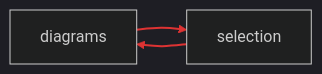
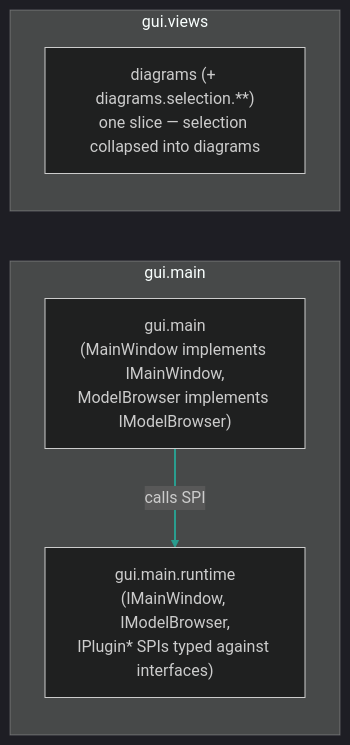
The third of 14 diagrams in README_nghiabt_notes_on_this_pr/nghiabt_notes_on_this_pr.md (useocl/use), drawn with Mermaid (dark theme) before and after one commit. The commit also changed other lines of this file and 67 other files, not shown here.

````diff
--- a/README_nghiabt_notes_on_this_pr/nghiabt_notes_on_this_pr.md
+++ b/README_nghiabt_notes_on_this_pr/nghiabt_notes_on_this_pr.md
@@ -63,8 +148,12 @@
 ```mermaid
 flowchart LR
-    diagrams["diagrams"]
-    selection["selection"]
-    diagrams --> selection
-    selection --> diagrams
-    linkStyle 0,1 stroke:#d33,stroke-width:2px
+    subgraph guiMain2[gui.main]
+      root2["gui.main<br/>(MainWindow implements IMainWindow,<br/>ModelBrowser implements IModelBrowser)"]
+      runtime2["gui.main.runtime<br/>(IMainWindow, IModelBrowser,<br/>IPlugin* SPIs typed against interfaces)"]
+      root2 -->|"calls SPI"| runtime2
+    end
+    subgraph guiViews2[gui.views]
+      diagrams2["diagrams (+ diagrams.selection.**)<br/>one slice — selection collapsed into diagrams"]
+    end
+    linkStyle 0 stroke:#2a9d8f,stroke-width:2px
 ```
````
